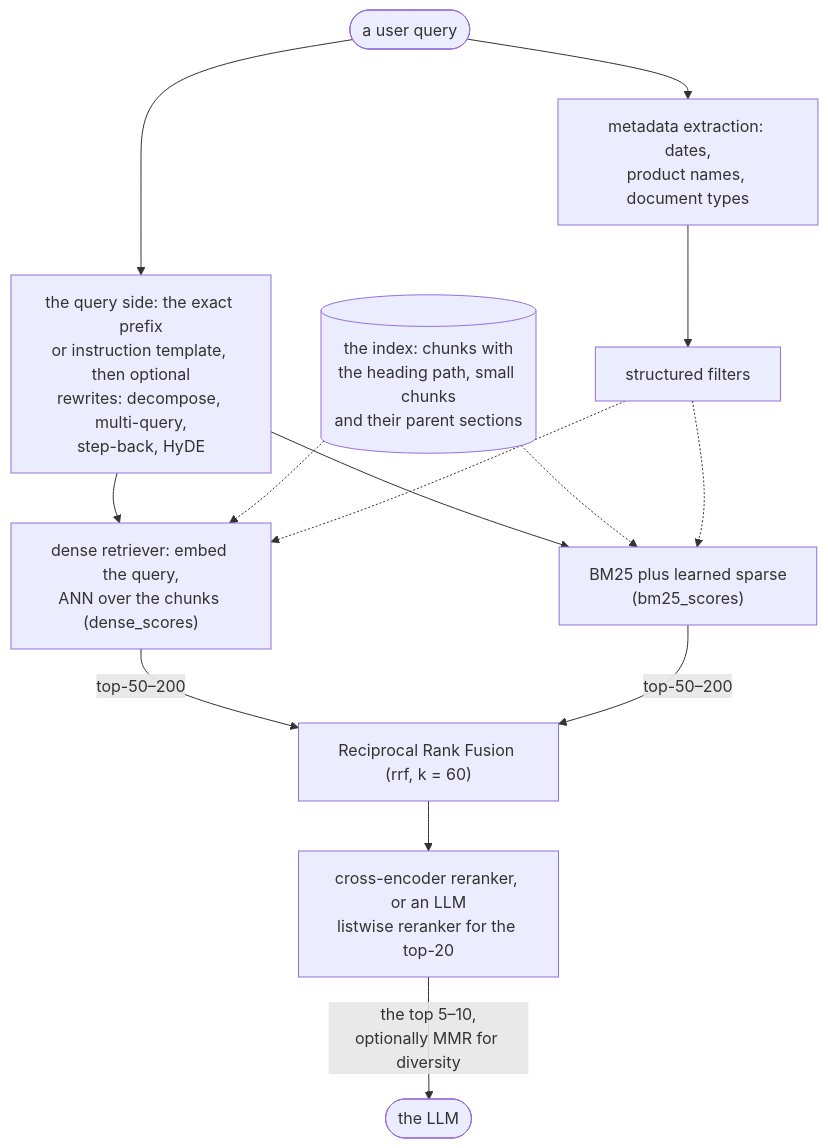
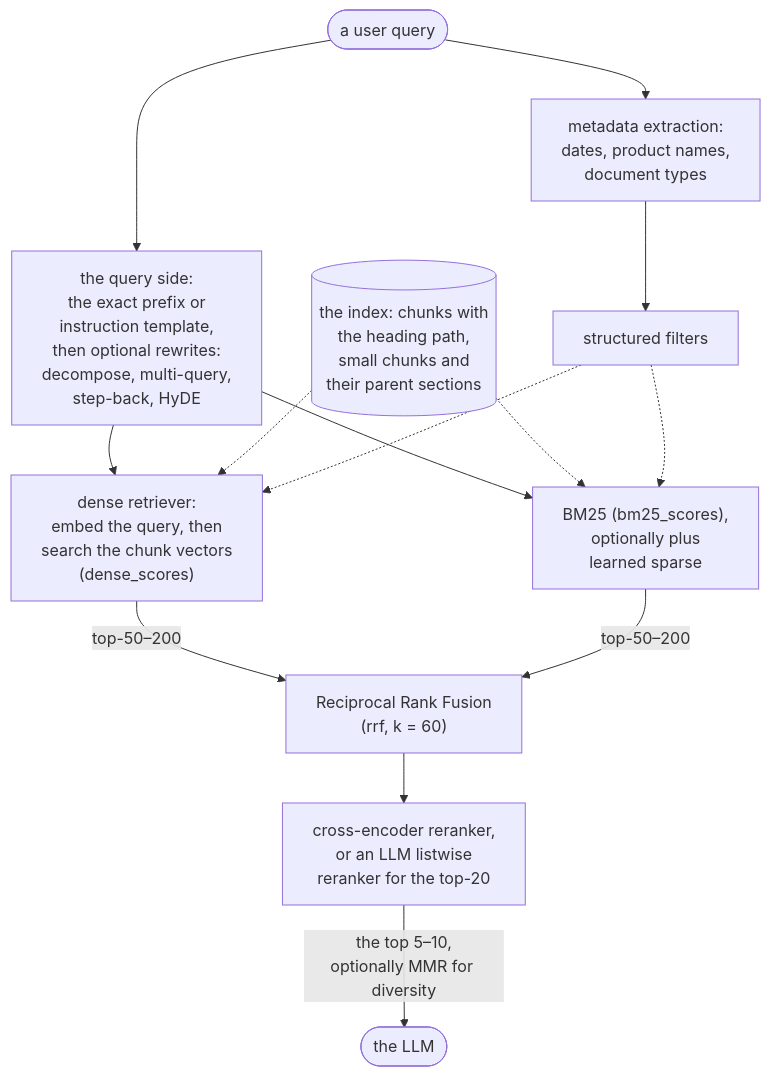
Before and after one commit to aniryou/full-stack-agentic-engineer: the diagram in 07-application-agent-framework/retrieval-rag/embeddings-lab/docs/primer.md, drawn with Mermaid. The commit also changed other lines of this file and 29 other files, not shown here.

````diff
--- a/07-application-agent-framework/retrieval-rag/embeddings-lab/docs/primer.md
+++ b/07-application-agent-framework/retrieval-rag/embeddings-lab/docs/primer.md
@@ -468,17 +468,17 @@
 ```mermaid
 flowchart TB
-  Q([a user query]) --> T["the query side: the exact prefix<br/>or instruction template, then optional<br/>rewrites: decompose, multi-query,<br/>step-back, HyDE"]
-  Q --> X["metadata extraction: dates,<br/>product names, document types"]
+  Q([a user query]) --> T["the query side:<br/>the exact prefix or<br/>instruction template,<br/>then optional rewrites:<br/>decompose, multi-query,<br/>step-back, HyDE"]
+  Q --> X["metadata extraction:<br/>dates, product names,<br/>document types"]
   X --> FL["structured filters"]
-  CH[("the index: chunks with<br/>the heading path, small chunks<br/>and their parent sections")]
-  T --> DE["dense retriever: embed the query,<br/>ANN over the chunks (dense_scores)"]
-  T --> BM["BM25 plus learned sparse<br/>(bm25_scores)"]
+  CH[("the index: chunks with<br/>the heading path,<br/>small chunks and<br/>their parent sections")]
+  T --> DE["dense retriever:<br/>embed the query, then<br/>search the chunk vectors<br/>(dense_scores)"]
+  T --> BM["BM25 (bm25_scores),<br/>optionally plus<br/>learned sparse"]
   CH -.-> DE
   CH -.-> BM
   FL -.-> DE
   FL -.-> BM
-  DE -->|"top-50–200"| RRF["Reciprocal Rank Fusion (rrf, k = 60)"]
+  DE -->|"top-50–200"| RRF["Reciprocal Rank Fusion<br/>(rrf, k = 60)"]
   BM -->|"top-50–200"| RRF
-  RRF --> RE["cross-encoder reranker, or an LLM<br/>listwise reranker for the top-20"]
+  RRF --> RE["cross-encoder reranker,<br/>or an LLM listwise<br/>reranker for the top-20"]
   RE -->|"the top 5–10,<br/>optionally MMR for diversity"| LLM([the LLM])
 ```
````
